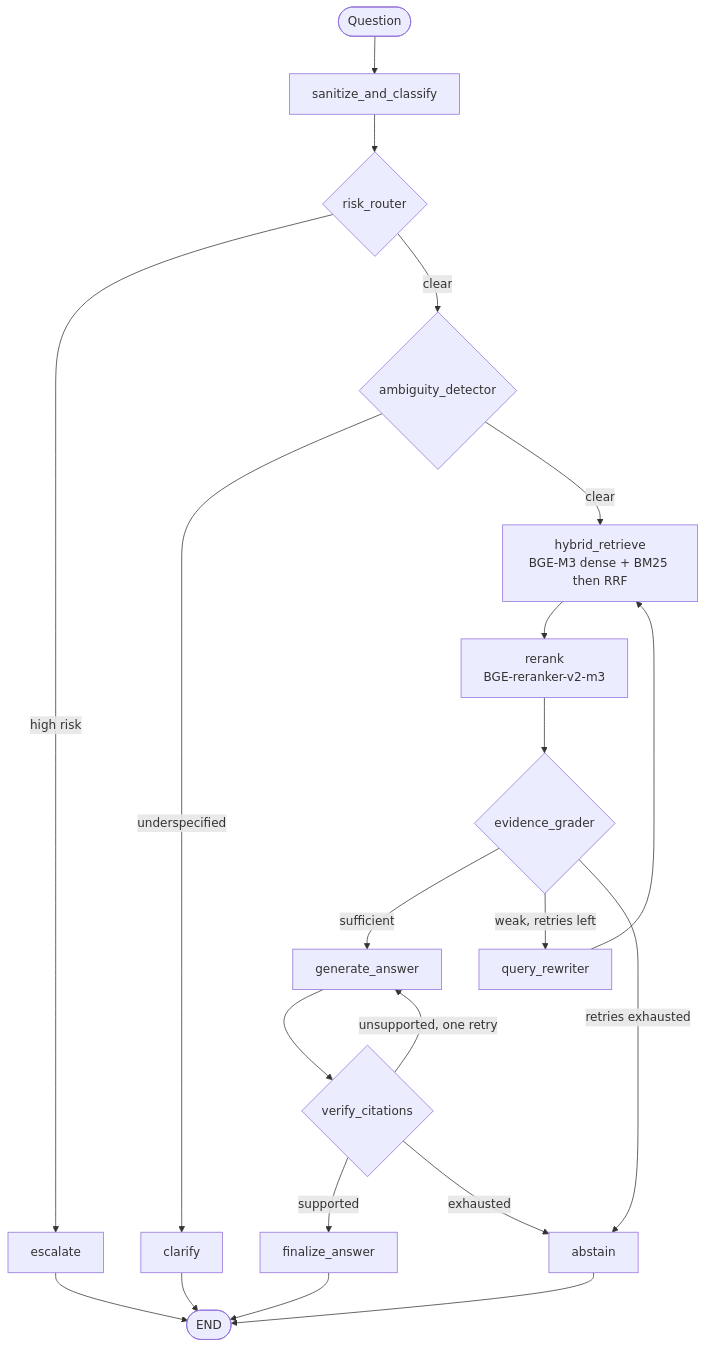
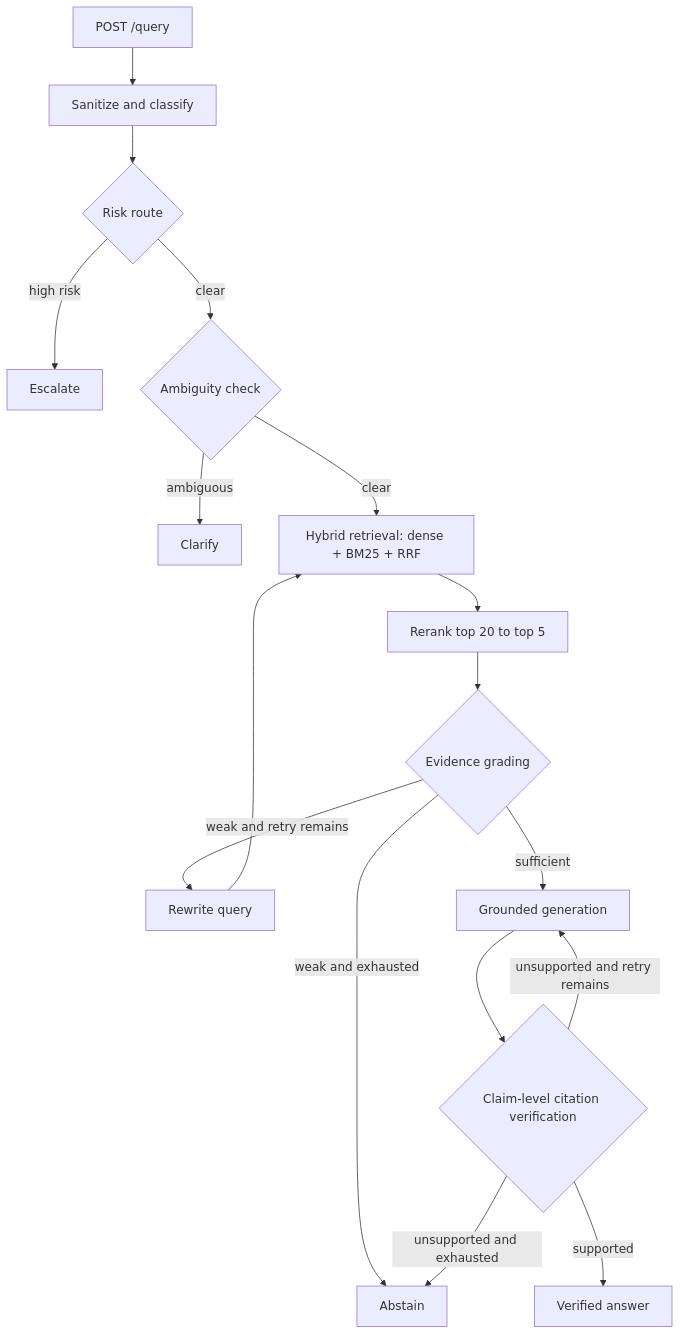
One commit to fahim0-3/RAGuard changed the diagram in README.md. Above: the diagram before and after it, drawn with Mermaid. The commit also changed other lines of this file and 93 other files, not shown here.

````diff
--- a/README.md
+++ b/README.md
@@ -38,23 +31,19 @@
 ```mermaid
 flowchart TD
-    START([Question]) --> SAN[sanitize_and_classify]
-    SAN --> RISK{risk_router}
-    RISK -->|high risk| ESC[escalate]
-    RISK -->|clear| AMB{ambiguity_detector}
-    AMB -->|underspecified| CLR[clarify]
-    AMB -->|clear| RET[hybrid_retrieve<br/>BGE-M3 dense + BM25 then RRF]
-    RET --> RR[rerank<br/>BGE-reranker-v2-m3]
-    RR --> EG{evidence_grader}
-    EG -->|sufficient| GEN[generate_answer]
-    EG -->|weak, retries left| QR[query_rewriter]
-    QR --> RET
-    EG -->|retries exhausted| AB[abstain]
-    GEN --> VER{verify_citations}
-    VER -->|supported| FIN[finalize_answer]
-    VER -->|unsupported, one retry| GEN
-    VER -->|exhausted| AB
-    ESC --> E([END])
-    CLR --> E
-    AB --> E
-    FIN --> E
+    Q[POST /query] --> S[Sanitize and classify]
+    S --> R{Risk route}
+    R -->|high risk| E[Escalate]
+    R -->|clear| A{Ambiguity check}
+    A -->|ambiguous| C[Clarify]
+    A -->|clear| H[Hybrid retrieval: dense + BM25 + RRF]
+    H --> RR[Rerank top 20 to top 5]
+    RR --> G{Evidence grading}
+    G -->|weak and retry remains| RW[Rewrite query]
+    RW --> H
+    G -->|weak and exhausted| AB[Abstain]
+    G -->|sufficient| GEN[Grounded generation]
+    GEN --> V{Claim-level citation verification}
+    V -->|supported| F[Verified answer]
+    V -->|unsupported and retry remains| GEN
+    V -->|unsupported and exhausted| AB
 ```
````
